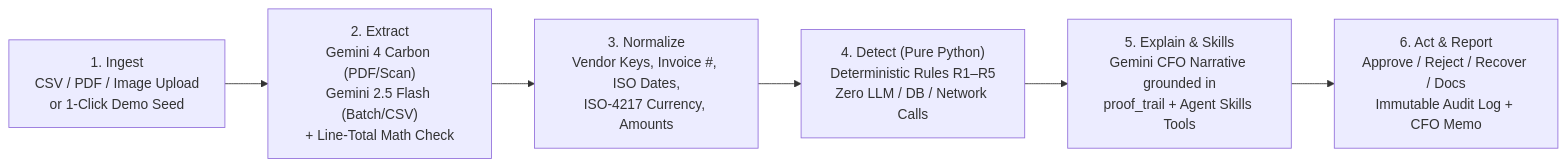
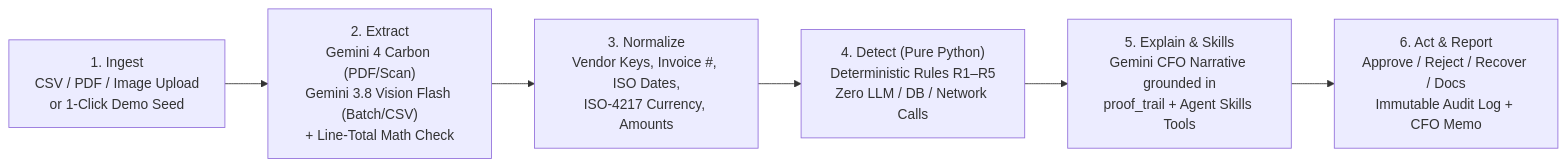
Before and after one commit to naughtynova69/LedgerLens-project: the diagram in docs/PRD.md, drawn with Mermaid. The commit also changed other lines of this file and 12 other files, not shown here.

Commit message:
docs,config: refine ICP/business model, align gemini-3.8-vision-flash, add CONTEXT_LOG.md

````diff
--- a/docs/PRD.md
+++ b/docs/PRD.md
@@ -80,8 +84,8 @@
 ```mermaid
 flowchart LR
-    A["1. Ingest<br/>CSV / PDF / Image Upload<br/>or 1-Click Demo Seed"] --> B["2. Extract<br/>Gemini 4 Carbon (PDF/Scan)<br/>Gemini 2.5 Flash (Batch/CSV)<br/>+ Line-Total Math Check"]
+    A["1. Ingest<br/>CSV / PDF / Image Upload<br/>or 1-Click Demo Seed"] --> B["2. Extract<br/>Gemini 4 Carbon (PDF/Scan)<br/>Gemini 3.8 Vision Flash (Batch/CSV)<br/>+ Line-Total Math Check"]
     B --> C["3. Normalize<br/>Vendor Keys, Invoice #, ISO Dates,<br/>ISO-4217 Currency, Amounts"]
     C --> D["4. Detect (Pure Python)<br/>Deterministic Rules R1–R5<br/>Zero LLM / DB / Network Calls"]
     D --> E["5. Explain & Skills<br/>Gemini CFO Narrative grounded in<br/>proof_trail + Agent Skills Tools"]
     E --> F["6. Act & Report<br/>Approve / Reject / Recover / Docs<br/>Immutable Audit Log + CFO Memo"]
 ```
````
